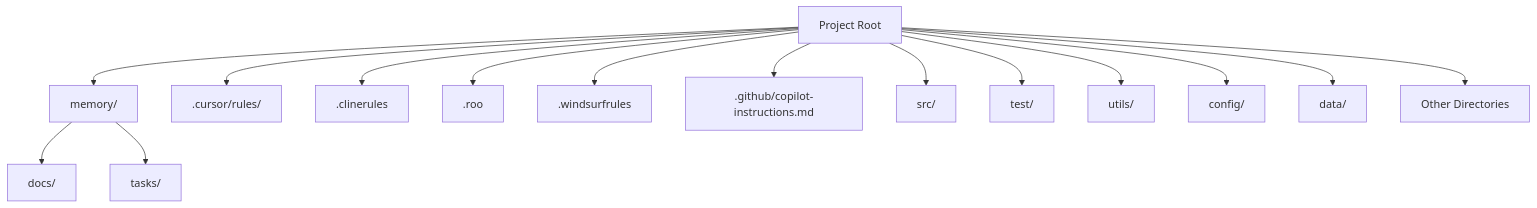
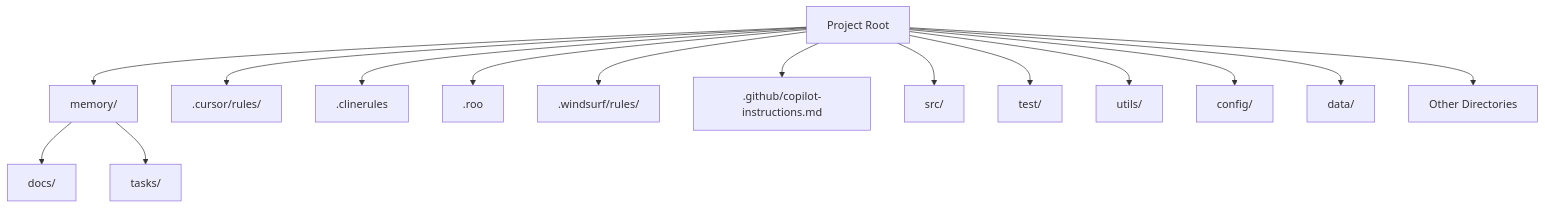
The diagram in memory/docs/user_guide/rule_template.md (kundeng/rulebook-ai), drawn with Mermaid before and after one commit. The commit also changed other lines of this file and 2 other files, not shown here.

````diff
--- a/memory/docs/user_guide/rule_template.md
+++ b/memory/docs/user_guide/rule_template.md
@@ -5,18 +5,18 @@
 ```mermaid
 flowchart TD
     Root[Project Root]
     Root --> MEMORY[memory/]
     MEMORY --> Docs[docs/]
     MEMORY --> Tasks[tasks/]
     Root --> Cursor[.cursor/rules/]
     Root --> CLINE[.clinerules]
     Root --> RooCode[.roo] 
-    Root --> Windsurf[.windsurfrules]
+    Root --> Windsurf[.windsurf/rules/]
     Root --> GithubCopilot[.github/copilot-instructions.md]   
     Root --> SourceCode[src/]
     Root --> Test[test/]
     Root --> Utils[utils/]
     Root --> Config[config/]
     Root --> Data[data/]
     Root --> Other[Other Directories]
 ```
````
